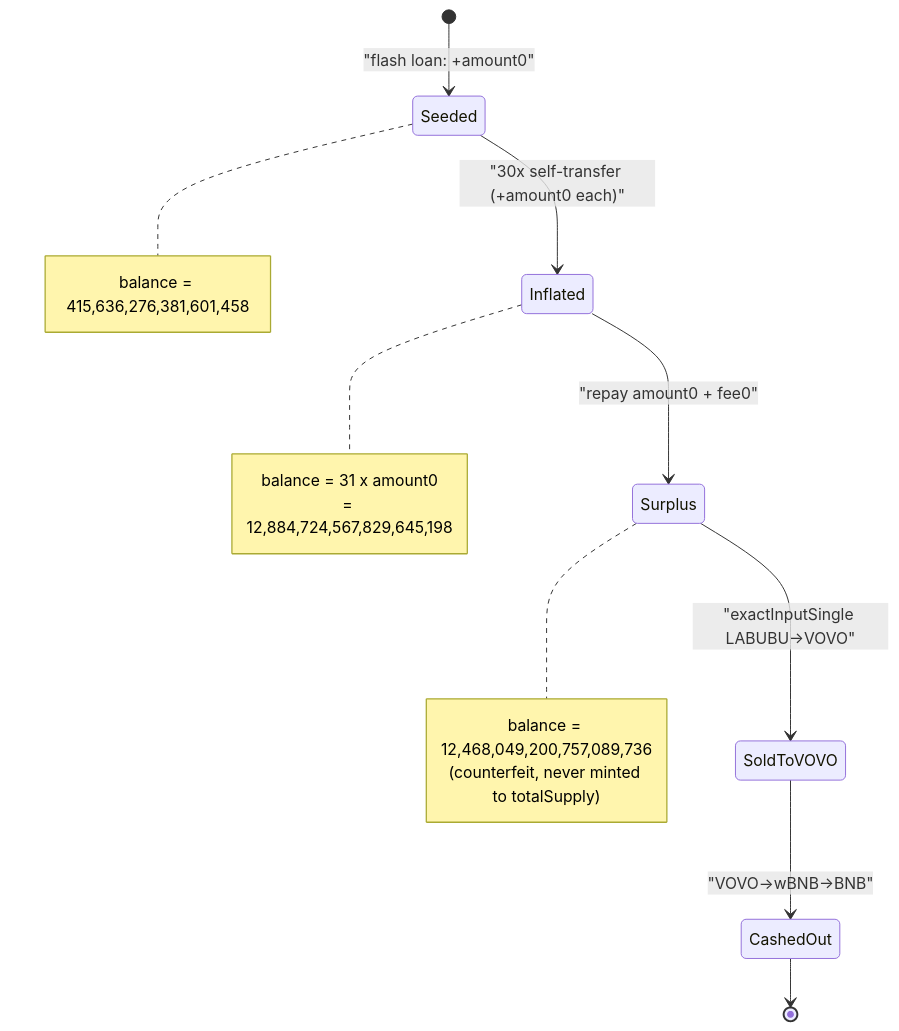
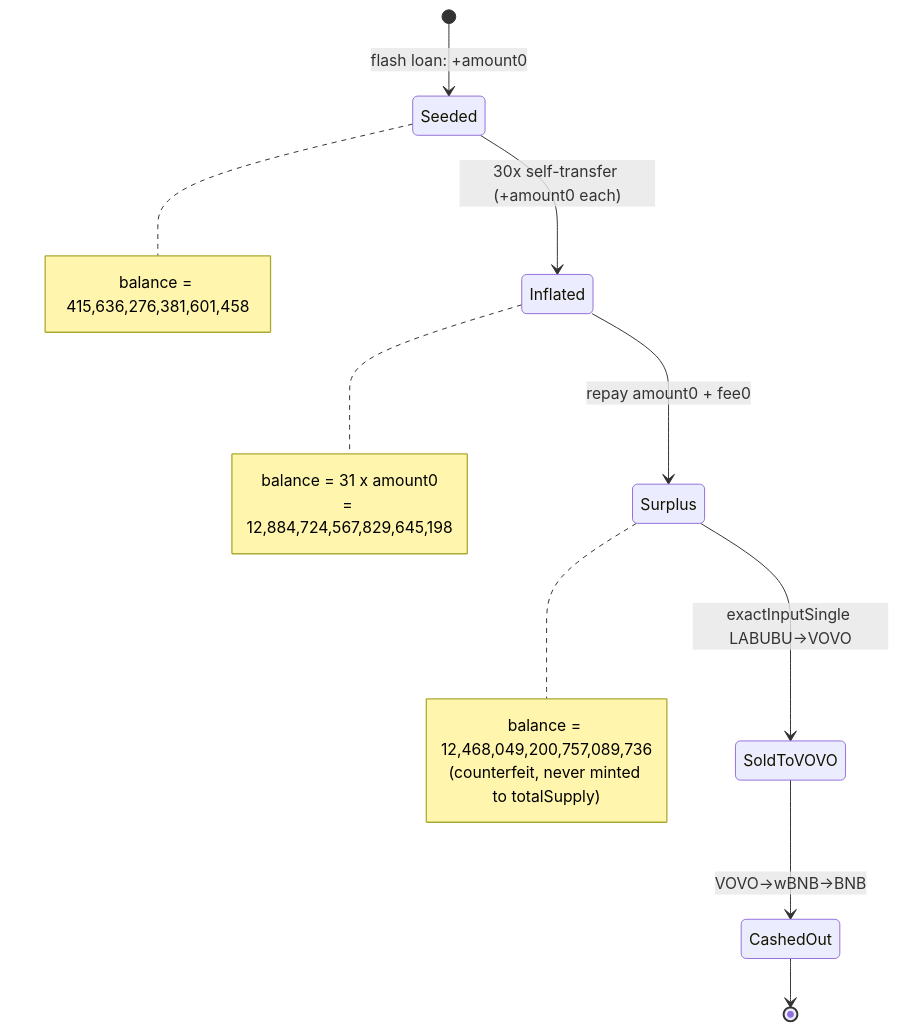
The third of 3 diagrams in 2024-12-LABUBU_exp/LABUBU_exp.md (sanbir/evm-hack-registry), drawn with Mermaid before and after one commit. The commit also changed 280 other files, not shown here.

Commit message:
mermaid fixes

````diff
--- a/2024-12-LABUBU_exp/LABUBU_exp.md
+++ b/2024-12-LABUBU_exp/LABUBU_exp.md
@@ -278,21 +278,21 @@
 ```mermaid
 stateDiagram-v2
-    [*] --> Seeded : "flash loan: +amount0"
-    Seeded --> Inflated : "30x self-transfer (+amount0 each)"
-    Inflated --> Surplus : "repay amount0 + fee0"
-    Surplus --> SoldToVOVO : "exactInputSingle LABUBU->VOVO"
-    SoldToVOVO --> CashedOut : "VOVO->wBNB->BNB"
+    [*] --> Seeded : flash loan#58; +amount0
+    Seeded --> Inflated : 30x self-transfer (+amount0 each)
+    Inflated --> Surplus : repay amount0 + fee0
+    Surplus --> SoldToVOVO : exactInputSingle LABUBU->VOVO
+    SoldToVOVO --> CashedOut : VOVO->wBNB->BNB
     CashedOut --> [*]
 
     note right of Seeded
         balance = 415,636,276,381,601,458
     end note
     note right of Inflated
         balance = 31 x amount0
         = 12,884,724,567,829,645,198
     end note
     note right of Surplus
         balance = 12,468,049,200,757,089,736
         (counterfeit, never minted to totalSupply)
     end note
 ```
````
